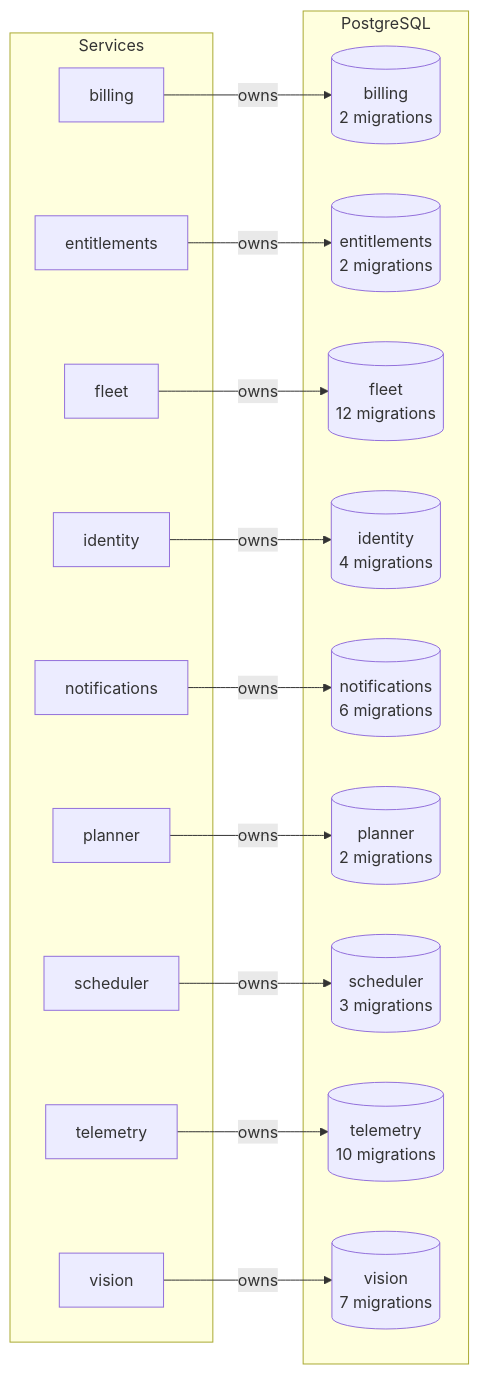
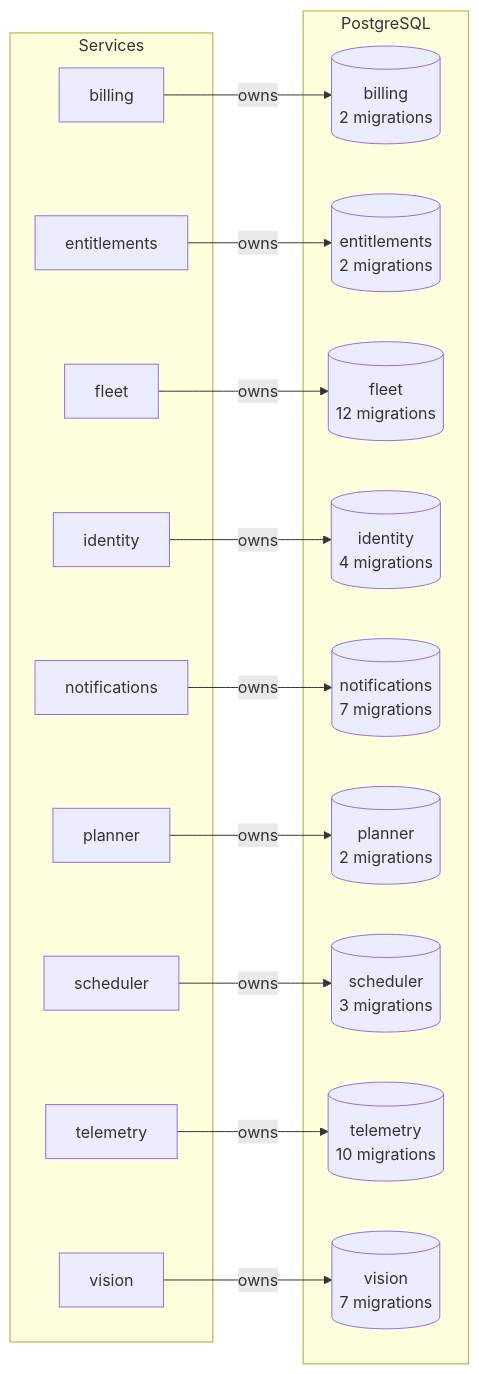
Diagram 15 of 15 in docs/architecture/generated.md (lukislp/mowdeck), drawn with Mermaid before and after one commit.

Commit message:
docs: regenerate the architecture diagrams

````diff
--- a/docs/architecture/generated.md
+++ b/docs/architecture/generated.md
@@ -515,34 +515,34 @@
 ```mermaid
 flowchart LR
   subgraph apps[Services]
     billing["billing"]
     entitlements["entitlements"]
     fleet["fleet"]
     identity["identity"]
     notifications["notifications"]
     planner["planner"]
     scheduler["scheduler"]
     telemetry["telemetry"]
     vision["vision"]
   end
   subgraph pg[PostgreSQL]
     db_billing[("billing<br/>2 migrations")]
     db_entitlements[("entitlements<br/>2 migrations")]
     db_fleet[("fleet<br/>12 migrations")]
     db_identity[("identity<br/>4 migrations")]
-    db_notifications[("notifications<br/>6 migrations")]
+    db_notifications[("notifications<br/>7 migrations")]
     db_planner[("planner<br/>2 migrations")]
     db_scheduler[("scheduler<br/>3 migrations")]
     db_telemetry[("telemetry<br/>10 migrations")]
     db_vision[("vision<br/>7 migrations")]
   end
   billing -->|owns| db_billing
   entitlements -->|owns| db_entitlements
   fleet -->|owns| db_fleet
   identity -->|owns| db_identity
   notifications -->|owns| db_notifications
   planner -->|owns| db_planner
   scheduler -->|owns| db_scheduler
   telemetry -->|owns| db_telemetry
   vision -->|owns| db_vision
 ```
````
